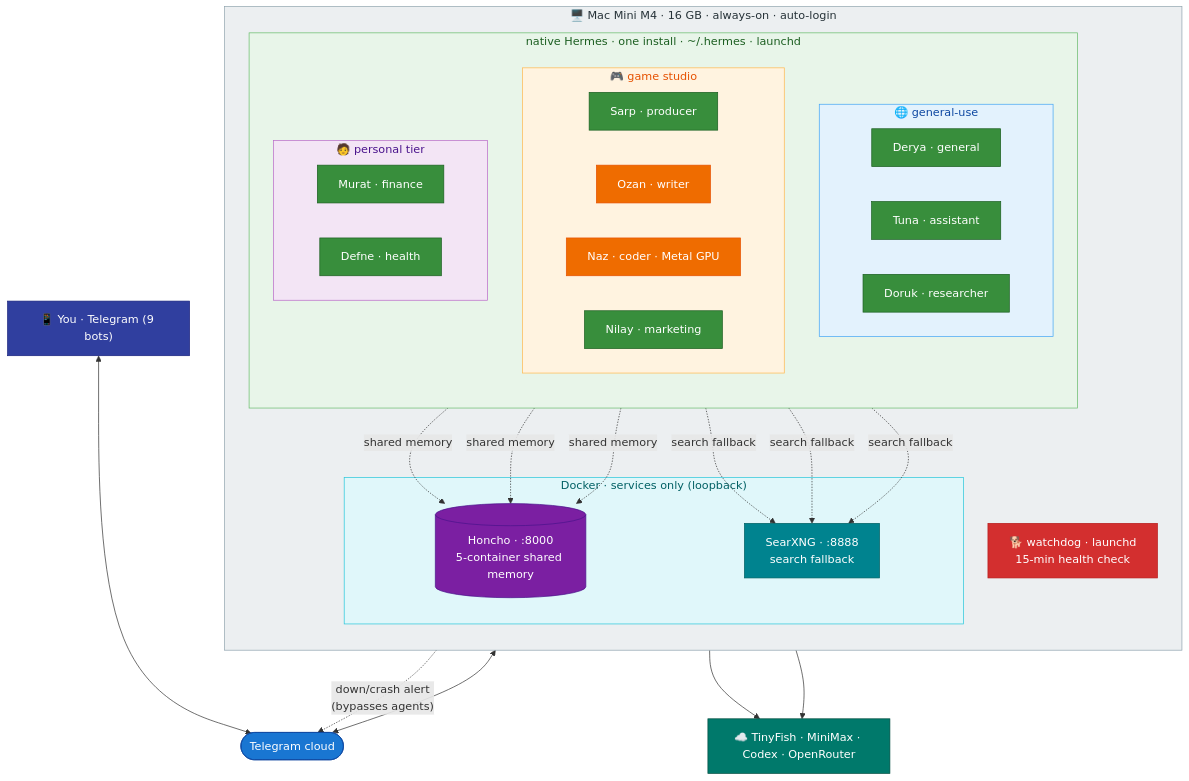
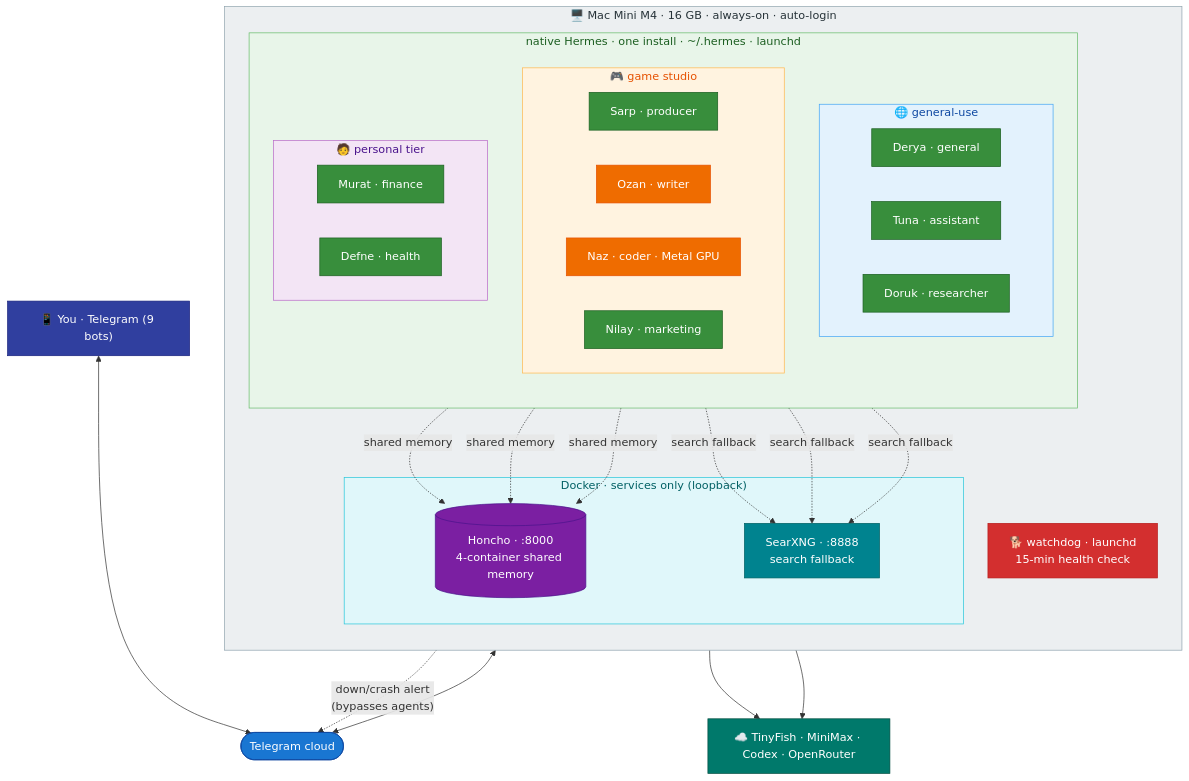
Before and after one commit to mpolatcan/hermes-setup: the first of 5 diagrams in README.md, drawn with Mermaid. The commit also changed 1 other file, not shown here.

Commit message:
docs(memory): correct Honcho to 4 containers + fix honcho.json fields, add token levers
Verified against live deployment + official Hermes/Honcho docs:

- Honcho stack is 4 containers, not 5 — summary + dream run inside the
  deriver worker, no separate worker container (07 text, diagram, RAM
  table, failure-mode note; README architecture node).
- honcho.json writeFrequency example: every_turn -> turn (every_turn is
  not a valid value; set is async/turn/session/N).
- host-key note: hermes_<slug> (underscore) verified working on v0.16.0
  and kept; flag official dot-notation hermes.<slug> as the fallback if a
  future upgrade breaks per-agent peer separation.
- Add token-reduction guidance to the honcho.json key-fields: recallMode
  tools-vs-hybrid per agent, writeFrequency values, dialecticCadence as
  the biggest per-turn lever.

````diff
--- a/README.md
+++ b/README.md
@@ -13,60 +13,60 @@
 ```mermaid
 flowchart TB
     you["📱 You · Telegram (9 bots)"]:::user
     you <--> tg(["Telegram cloud"]):::net
 
     subgraph mini["🖥️ Mac Mini M4 · 16 GB · always-on · auto-login"]
         direction TB
         subgraph hermes["native Hermes · one install · ~/.hermes · launchd"]
             direction TB
             subgraph gen["🌐 general-use"]
                 Derya["Derya · general"]:::mini
                 Tuna["Tuna · assistant"]:::mini
                 Doruk["Doruk · researcher"]:::mini
             end
             subgraph studio["🎮 game studio"]
                 Sarp["Sarp · producer"]:::mini
                 Ozan["Ozan · writer"]:::codex
                 Naz["Naz · coder · Metal GPU"]:::codex
                 Nilay["Nilay · marketing"]:::mini
             end
             subgraph personal["🧑 personal tier"]
                 Murat["Murat · finance"]:::mini
                 Defne["Defne · health"]:::mini
             end
         end
         wd["🐕 watchdog · launchd<br/>15-min health check"]:::wd
         subgraph svc["Docker · services only (loopback)"]
-            Honcho[("Honcho · :8000<br/>5-container shared memory")]:::infra
+            Honcho[("Honcho · :8000<br/>4-container shared memory")]:::infra
             SearXNG["SearXNG · :8888<br/>search fallback"]:::svc
         end
     end
 
     tg <--> hermes
     gen -. shared memory .-> Honcho
     studio -. shared memory .-> Honcho
     personal -. shared memory .-> Honcho
     gen -. "search fallback" .-> SearXNG
     studio -. "search fallback" .-> SearXNG
     personal -. "search fallback" .-> SearXNG
     wd -. "down/crash alert<br/>(bypasses agents)" .-> tg
 
     ext["☁️ TinyFish · MiniMax · Codex · OpenRouter"]:::ext
     hermes --> ext
     Honcho --> ext
 
     classDef user fill:#303F9F,stroke:#1A237E,color:#fff
     classDef net fill:#1976D2,stroke:#0D47A1,color:#fff
     classDef mini fill:#388E3C,stroke:#1B5E20,color:#fff
     classDef codex fill:#EF6C00,stroke:#E65100,color:#fff
     classDef infra fill:#7B1FA2,stroke:#4A148C,color:#fff
     classDef svc fill:#00838F,stroke:#006064,color:#fff
     classDef ext fill:#00796B,stroke:#004D40,color:#fff
     classDef wd fill:#D32F2F,stroke:#B71C1C,color:#fff
     style mini fill:#ECEFF1,stroke:#90A4AE,color:#263238
     style hermes fill:#E8F5E9,stroke:#66BB6A,color:#1B5E20
     style gen fill:#E3F2FD,stroke:#42A5F5,color:#0D47A1
     style studio fill:#FFF3E0,stroke:#FFB74D,color:#E65100
     style personal fill:#F3E5F5,stroke:#BA68C8,color:#4A148C
     style svc fill:#E0F7FA,stroke:#26C6DA,color:#006064
 ```
````
